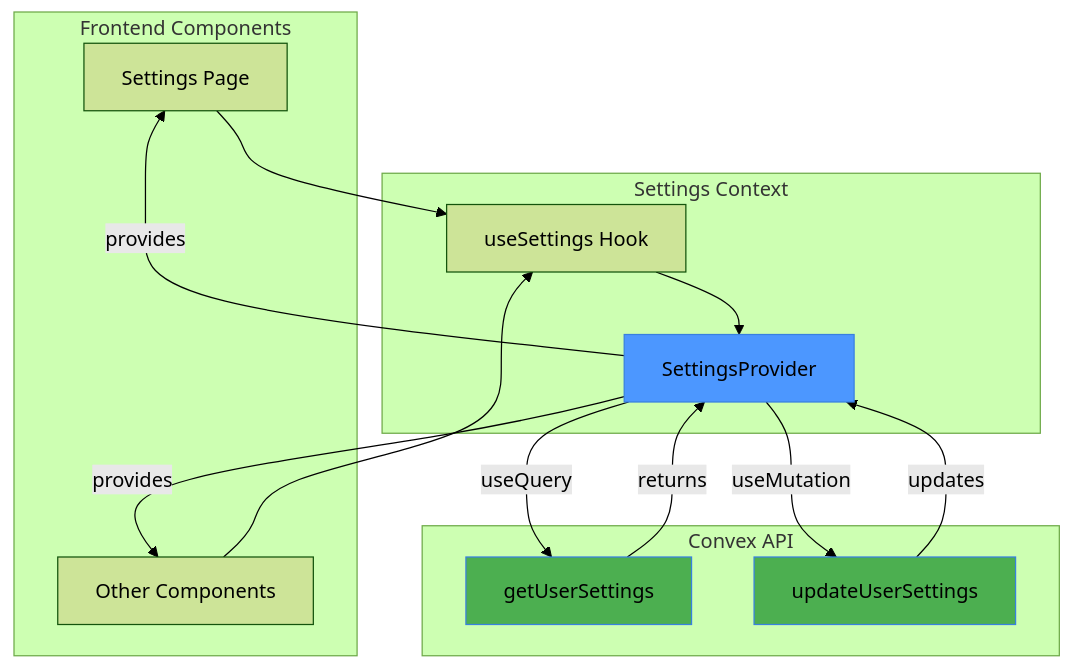
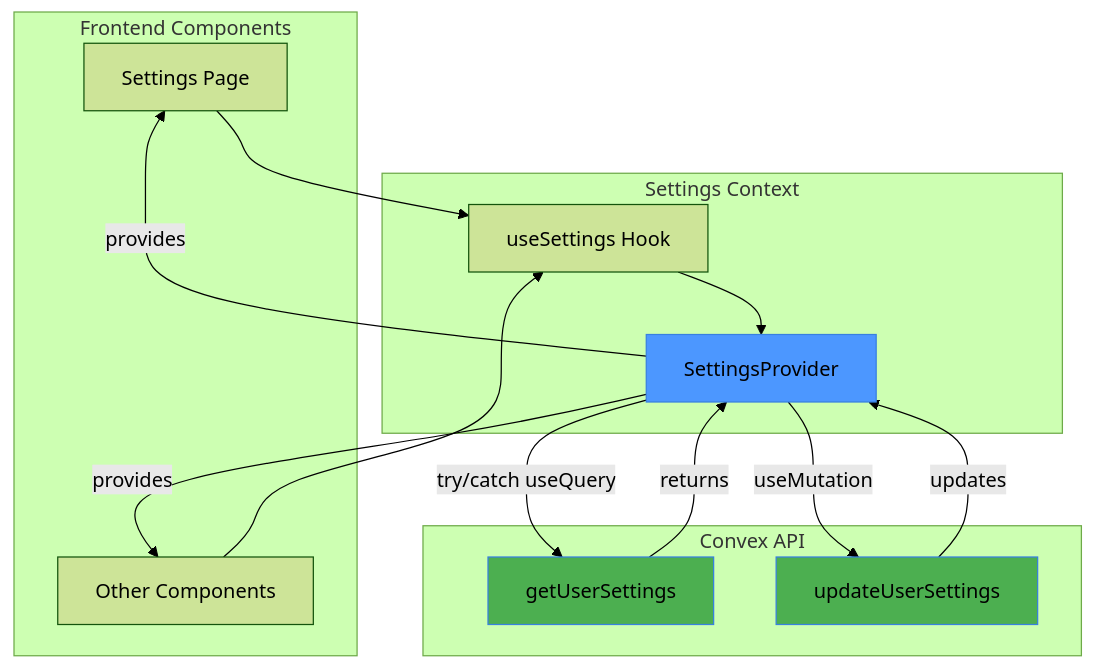
Before and after one commit to amiirbazzii/Expense-Tracker---Warp: the fourth of 6 diagrams in .qoder/repowiki/en/content/API Reference/User Settings API.md, drawn with Mermaid (forest theme). The commit also changed other lines of this file and 16 other files, not shown here.

````diff
--- a/.qoder/repowiki/en/content/API Reference/User Settings API.md
+++ b/.qoder/repowiki/en/content/API Reference/User Settings API.md
@@ -202,27 +221,27 @@
 ```mermaid
 graph TB
 subgraph "Frontend Components"
 A[Settings Page]
 B[Other Components]
 end
 subgraph "Settings Context"
 C[SettingsProvider]
 D[useSettings Hook]
 end
 subgraph "Convex API"
 E[getUserSettings]
 F[updateUserSettings]
 end
-C --> |useQuery| E
+C --> |try/catch useQuery| E
 C --> |useMutation| F
 A --> D
 B --> D
 D --> C
 E --> |returns| C
 F --> |updates| C
 C --> |provides| A
 C --> |provides| B
 style C fill:#4C97FF,stroke:#3880E0
 style E fill:#4CAF50,stroke:#3880E0
 style F fill:#4CAF50,stroke:#3880E0
 ```
````
